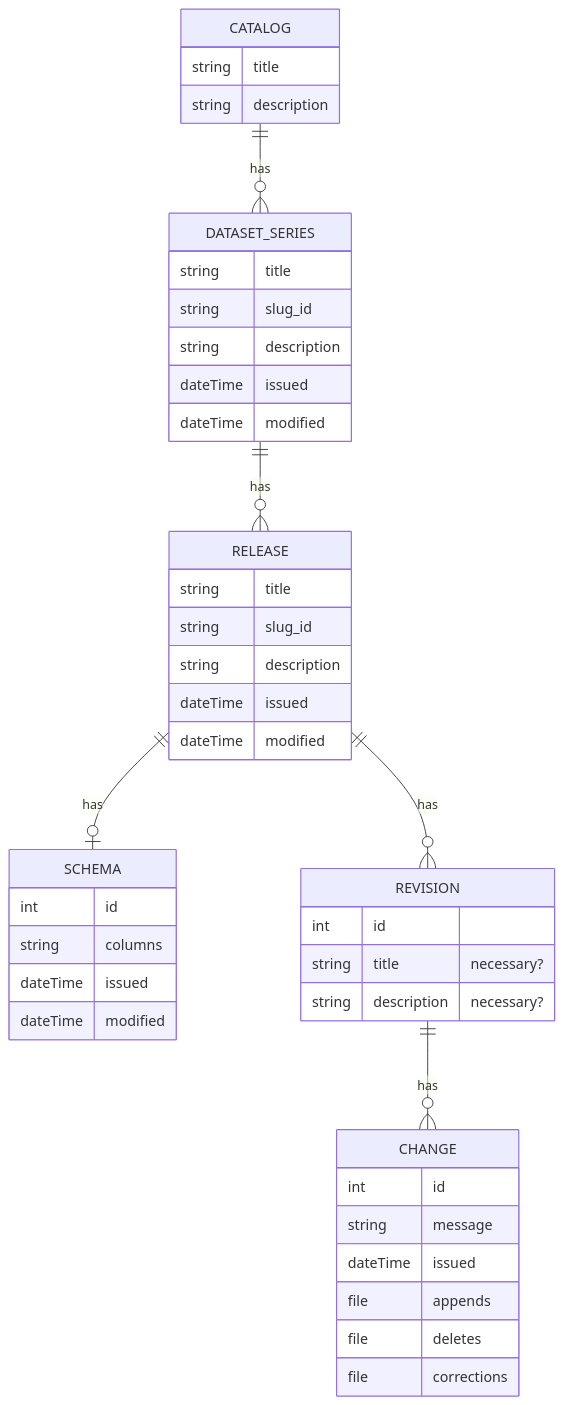
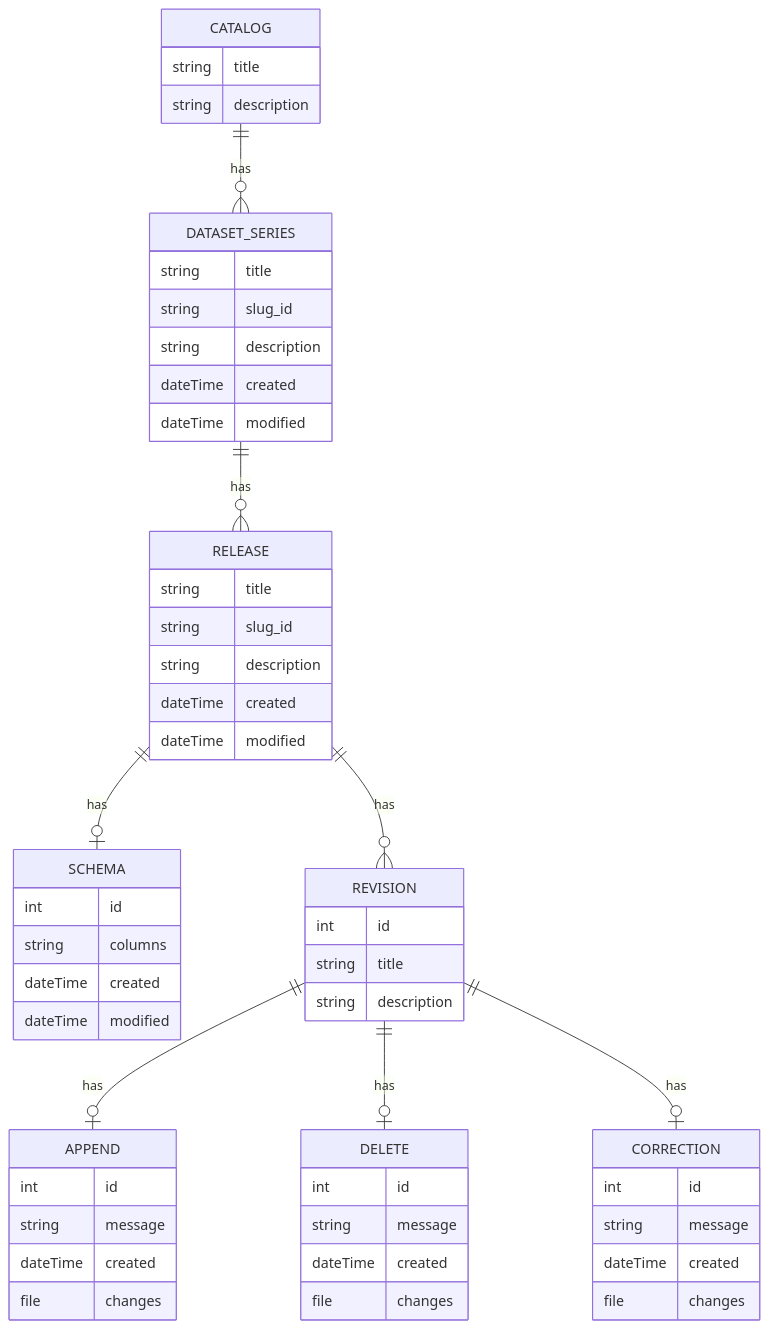
The diagram in doc/data-model.md (Swirrl/datahost-prototypes), drawn with Mermaid before and after one commit.

Commit message:
update data model to clarify appends/deletes/corrections

````diff
--- a/doc/data-model.md
+++ b/doc/data-model.md
@@ -1,52 +1,66 @@
 ```mermaid
 erDiagram
     CATALOG ||--o{ DATASET_SERIES : has
 
     CATALOG {
         string title
         string description
     }
 
     DATASET_SERIES {
         string title
         string slug_id
         string description
-        dateTime issued
+        dateTime created
         dateTime modified
     }
 
     RELEASE {
         string title
         string slug_id
         string description
-        dateTime issued
+        dateTime created
         dateTime modified
     }
 
     SCHEMA {
         int id
         string columns
-        dateTime issued
+        dateTime created
         dateTime modified
     }
 
     REVISION {
         int id
-        string title "necessary?"
-        string description "necessary?"
+        string title
+        string description
     }
 
-    CHANGE {
+    APPEND {
         int id
         string message
-        dateTime issued
-        file appends
-        file deletes
-        file corrections
+        dateTime created
+        file changes
+    }
+
+    DELETE {
+        int id
+        string message
+        dateTime created
+        file changes
+    }
+
+    CORRECTION {
+        int id
+        string message
+        dateTime created
+        file changes
     }
 
     DATASET_SERIES ||--o{ RELEASE : has
     RELEASE ||--o{ REVISION : has
     RELEASE ||--o| SCHEMA : has
-    REVISION ||--o{ CHANGE : has
+    REVISION ||--o| APPEND : has
+    REVISION ||--o| DELETE : has
+    REVISION ||--o| CORRECTION : has
 ```
````
